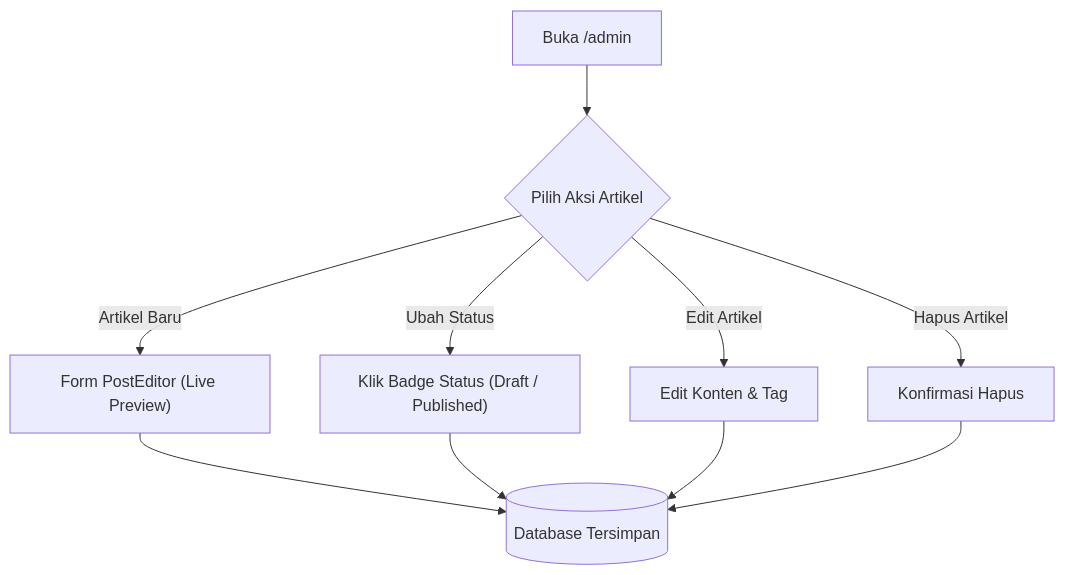
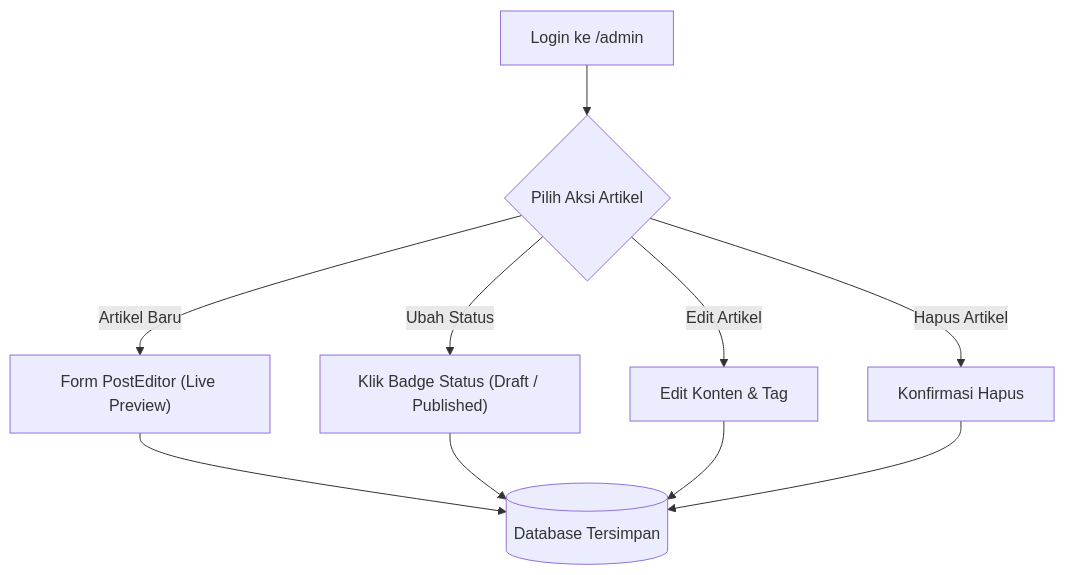
Before and after one commit to cahyadsn/blog: the second of 2 diagrams in docs/USER_GUIDE.md, drawn with Mermaid. The commit also changed other lines of this file and 16 other files, not shown here.

````diff
--- a/docs/USER_GUIDE.md
+++ b/docs/USER_GUIDE.md
@@ -94,12 +112,12 @@
 ```mermaid
 flowchart TD
-    A["Buka /admin"] --> B{"Pilih Aksi Artikel"}
+    A["Login ke /admin"] --> B{"Pilih Aksi Artikel"}
     B -->|Artikel Baru| C["Form PostEditor (Live Preview)"]
     B -->|Ubah Status| D["Klik Badge Status (Draft / Published)"]
     B -->|Edit Artikel| E["Edit Konten & Tag"]
     B -->|Hapus Artikel| F["Konfirmasi Hapus"]
     C --> G[("Database Tersimpan")]
     D --> G
     E --> G
     F --> G
 ```
````
